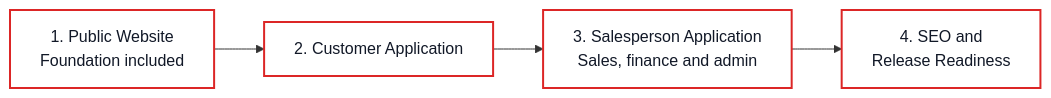
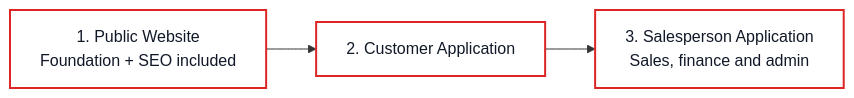
Before and after one commit to charithwellage/customerpanel: the third of 6 diagrams in docs/CarChief-Frontend-Implementation-Roadmap.md, drawn with Mermaid. The commit also changed other lines of this file and 47 other files, not shown here.

````diff
--- a/docs/CarChief-Frontend-Implementation-Roadmap.md
+++ b/docs/CarChief-Frontend-Implementation-Roadmap.md
@@ -274,9 +276,8 @@
 ```mermaid
 flowchart LR
-    Public[1. Public Website<br/>Foundation included] --> Customer[2. Customer Application]
+    Public[1. Public Website<br/>Foundation + SEO included] --> Customer[2. Customer Application]
     Customer --> Sales[3. Salesperson Application<br/>Sales, finance and admin]
-    Sales --> SEO[4. SEO and<br/>Release Readiness]
 
     classDef delivery fill:#ffffff,stroke:#dc2626,color:#111827,stroke-width:2px
-    class Public,Customer,Sales,SEO delivery
+    class Public,Customer,Sales delivery
 ```
````
